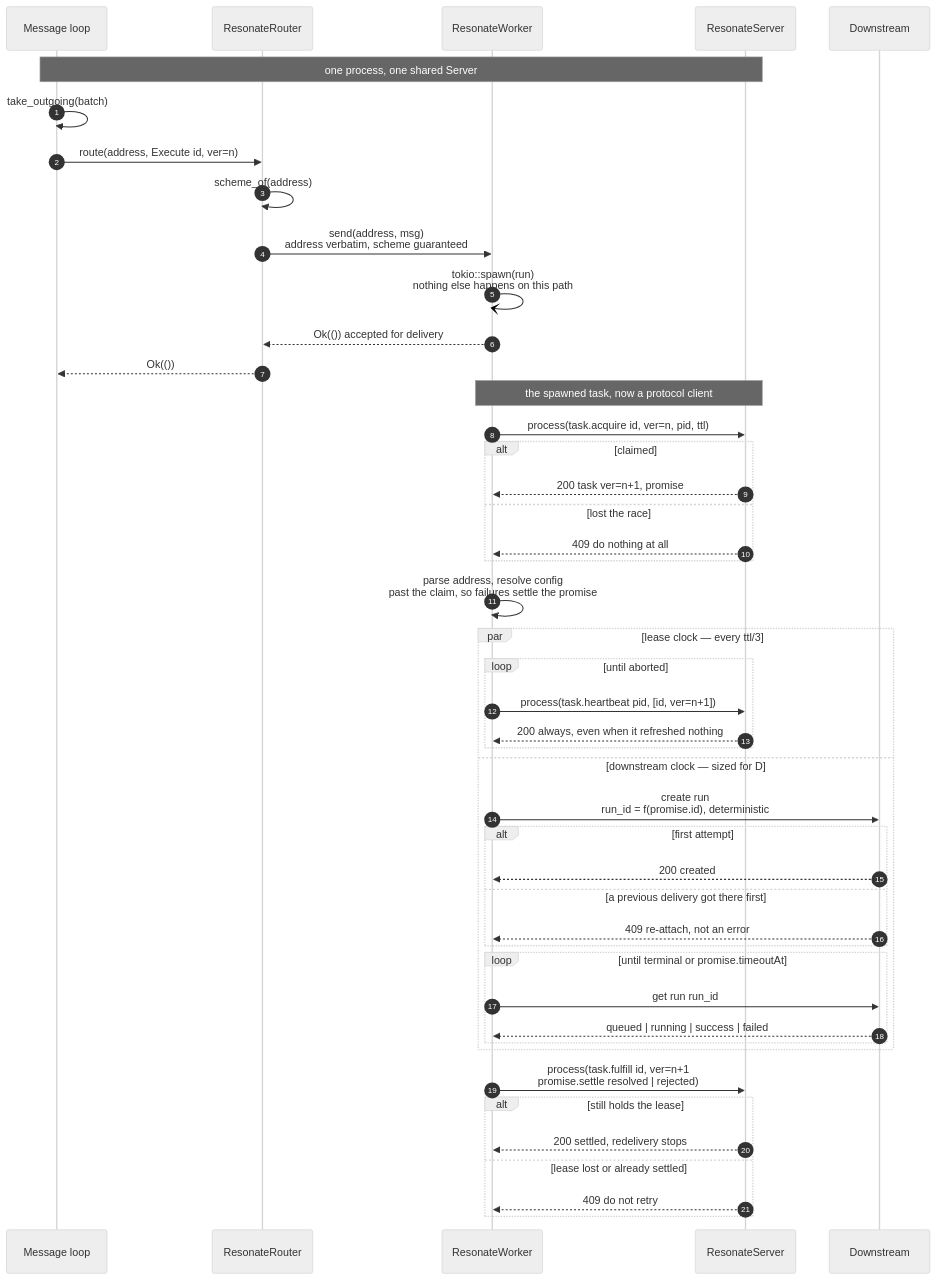
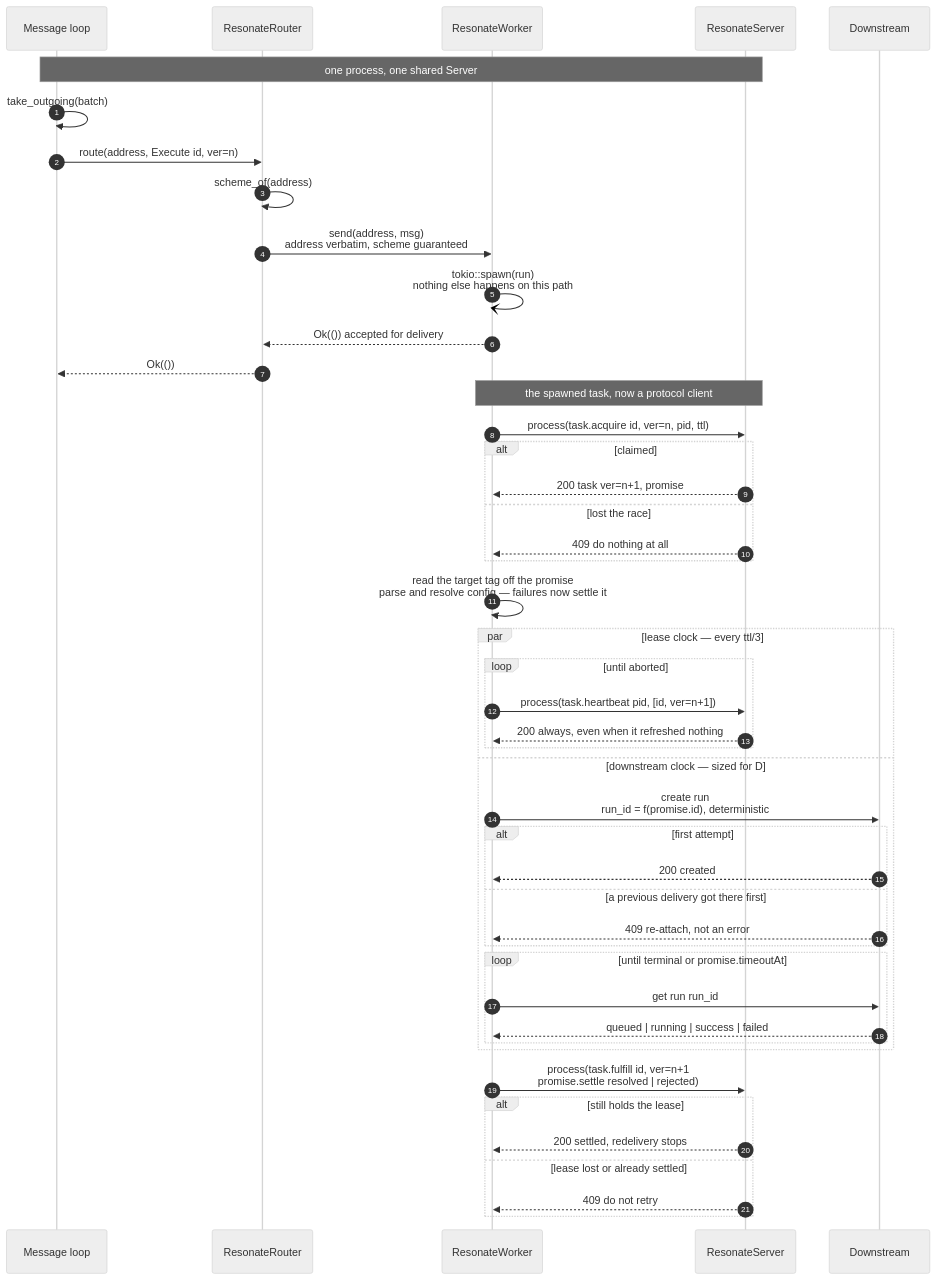
Before and after one commit to resonatehq/resonate: the first of 2 diagrams in .claude/skills/integration/references/contract.md, drawn with Mermaid (neutral theme). The commit also changed 4 other files, not shown here.

First line of the commit message:
Read the address off the promise, and flatten run into one body

````diff
--- a/.claude/skills/integration/references/contract.md
+++ b/.claude/skills/integration/references/contract.md
@@ -104,54 +104,54 @@
 ```mermaid
 sequenceDiagram
   autonumber
   participant L as Message loop
   participant R as ResonateRouter
   participant W as ResonateWorker
   participant S as ResonateServer
   participant D as Downstream
 
   Note over L,S: one process, one shared Server
 
   L->>L: take_outgoing(batch)
   L->>R: route(address, Execute id, ver=n)
   R->>R: scheme_of(address)
   R->>W: send(address, msg)<br/>address verbatim, scheme guaranteed
   W-)W: tokio::spawn(run)<br/>nothing else happens on this path
   W-->>R: Ok(()) accepted for delivery
   R-->>L: Ok(())
 
   Note over W,S: the spawned task, now a protocol client
 
   W->>S: process(task.acquire id, ver=n, pid, ttl)
   alt claimed
     S-->>W: 200 task ver=n+1, promise
   else lost the race
     S-->>W: 409 do nothing at all
   end
-  W->>W: parse address, resolve config<br/>past the claim, so failures settle the promise
+  W->>W: read the target tag off the promise<br/>parse and resolve config — failures now settle it
 
   par lease clock — every ttl/3
     loop until aborted
       W->>S: process(task.heartbeat pid, [id, ver=n+1])
       S-->>W: 200 always, even when it refreshed nothing
     end
   and downstream clock — sized for D
     W->>D: create run<br/>run_id = f(promise.id), deterministic
     alt first attempt
       D-->>W: 200 created
     else a previous delivery got there first
       D-->>W: 409 re-attach, not an error
     end
     loop until terminal or promise.timeoutAt
       W->>D: get run run_id
       D-->>W: queued | running | success | failed
     end
   end
 
   W->>S: process(task.fulfill id, ver=n+1<br/>promise.settle resolved | rejected)
   alt still holds the lease
     S-->>W: 200 settled, redelivery stops
   else lease lost or already settled
     S-->>W: 409 do not retry
   end
 ```
````
